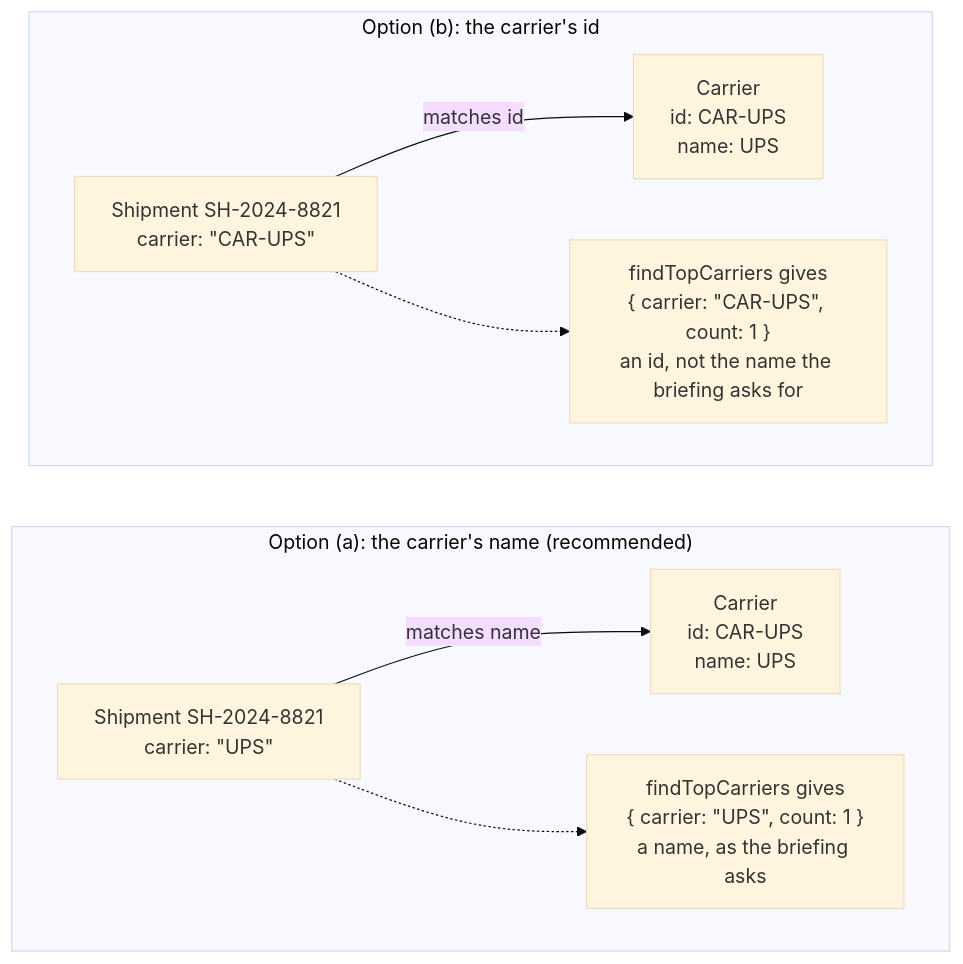
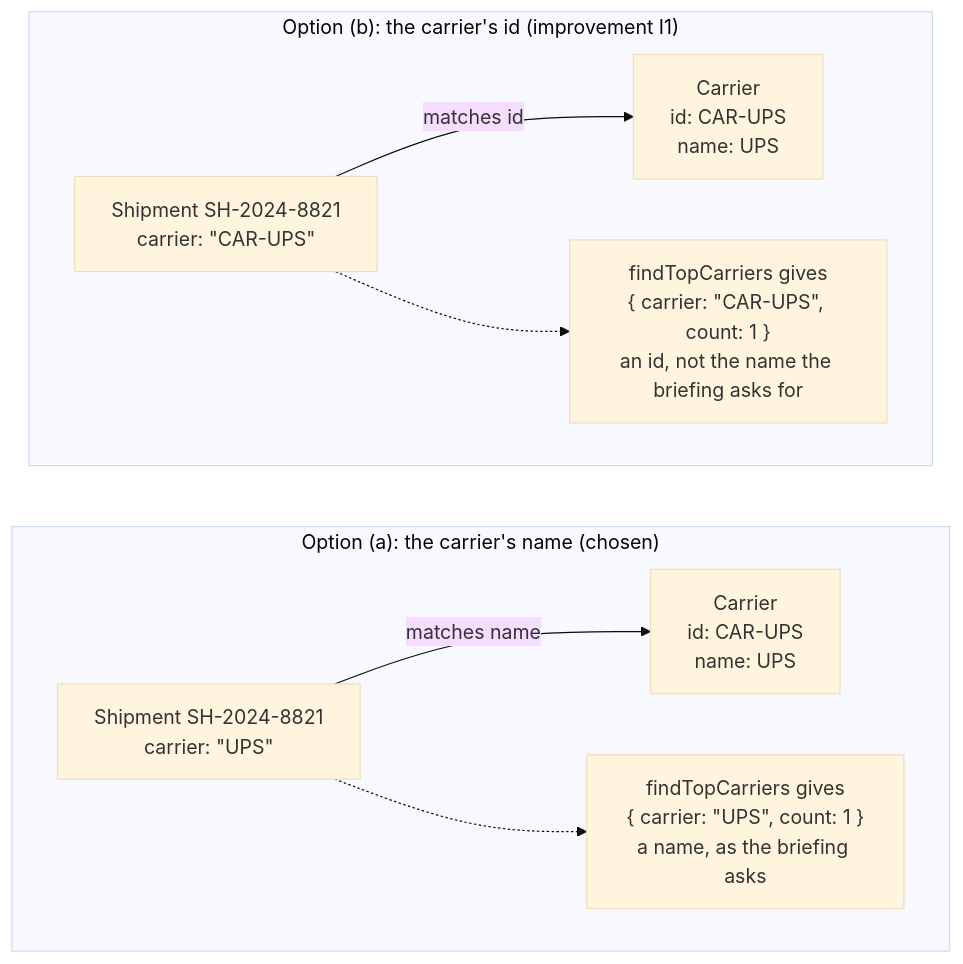
Before and after one commit to Sun-flow/TrackFlow-Company-Overhaul: the second of 2 diagrams in packages/warehouse-logic/docs/erd.md, drawn with Mermaid (base theme). The commit also changed other lines of this file and 6 other files, not shown here.

````diff
--- a/packages/warehouse-logic/docs/erd.md
+++ b/packages/warehouse-logic/docs/erd.md
@@ -86,13 +86,13 @@
 ```mermaid
 flowchart LR
-    subgraph A["Option (a): the carrier's name (recommended)"]
+    subgraph A["Option (a): the carrier's name (chosen)"]
         direction LR
         SA["Shipment SH-2024-8821<br/>carrier: &quot;UPS&quot;"] -->|matches name| CA["Carrier<br/>id: CAR-UPS<br/>name: UPS"]
         SA -.-> TA["findTopCarriers gives<br/>{ carrier: &quot;UPS&quot;, count: 1 }<br/>a name, as the briefing asks"]
     end
-    subgraph B["Option (b): the carrier's id"]
+    subgraph B["Option (b): the carrier's id (improvement I1)"]
         direction LR
         SB["Shipment SH-2024-8821<br/>carrier: &quot;CAR-UPS&quot;"] -->|matches id| CB["Carrier<br/>id: CAR-UPS<br/>name: UPS"]
         SB -.-> TB["findTopCarriers gives<br/>{ carrier: &quot;CAR-UPS&quot;, count: 1 }<br/>an id, not the name the briefing asks for"]
     end
 ```
````
